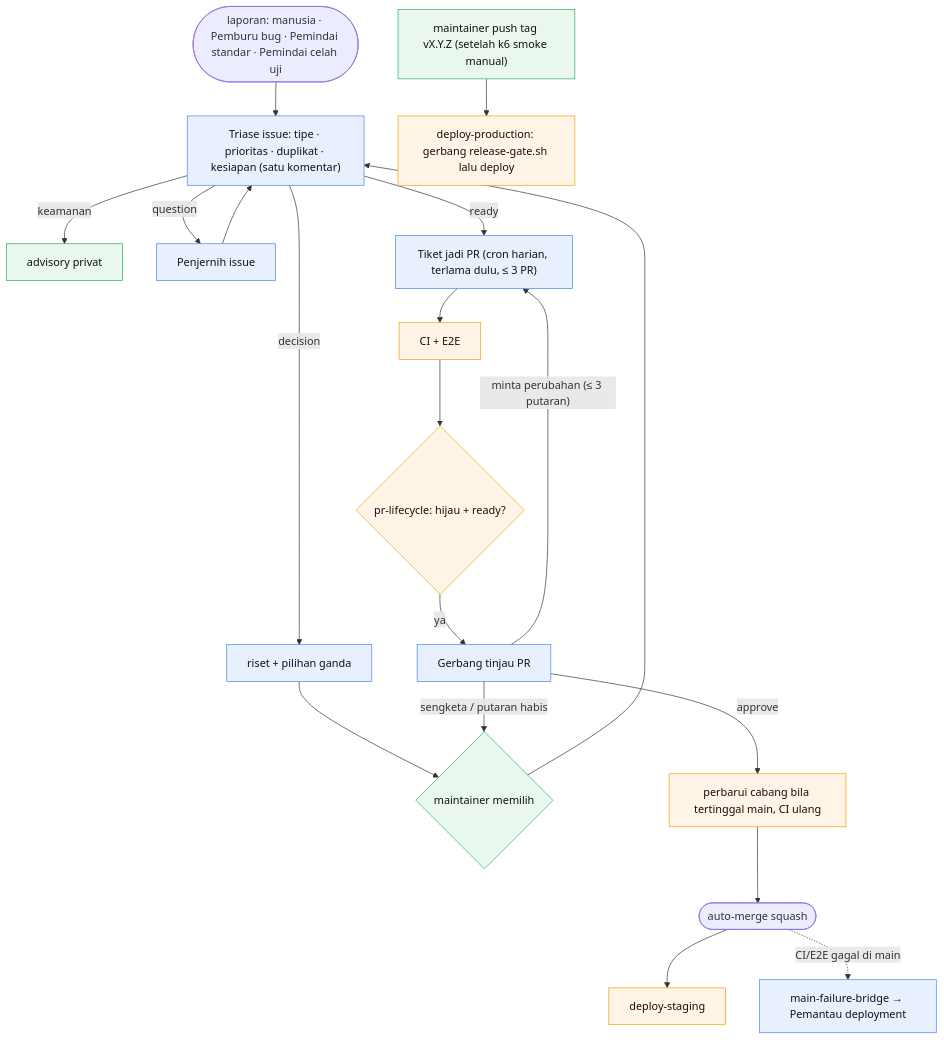
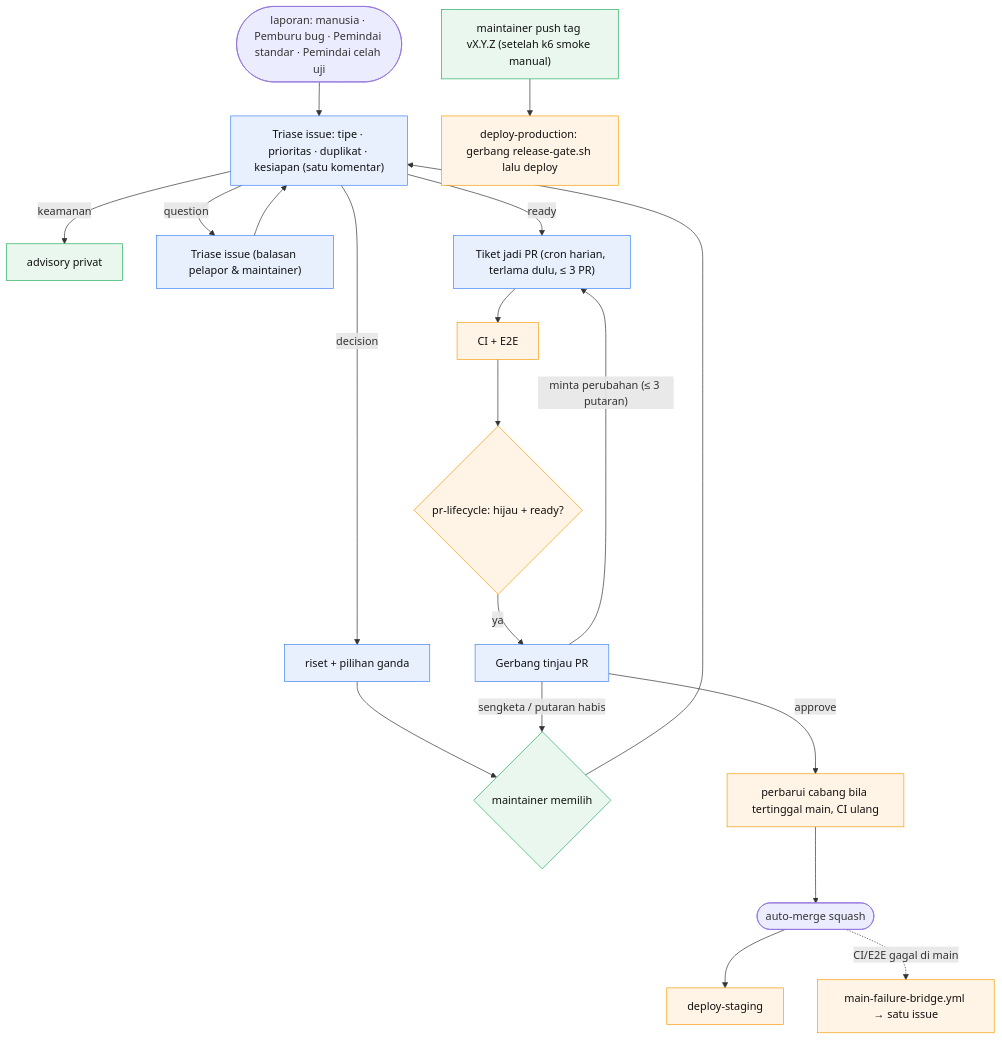
Before and after one commit to cipansor/cipansor: the first of 6 diagrams in docs/SDLC-FLOW.md, drawn with Mermaid. The commit also changed other lines of this file and 17 other files, not shown here.

First line of the commit message:
chore(otomasi): konsolidasi armada — pensiunkan SDLC 04/08/10/12/16/22, triase final ke deskripsi, klaim issue deterministik (#1057)

````diff
--- a/docs/SDLC-FLOW.md
+++ b/docs/SDLC-FLOW.md
@@ -193,20 +193,20 @@
 ```mermaid
 flowchart TD
   classDef cloud fill:#e8f0fe,stroke:#4285f4,color:#111;
   classDef gh fill:#fff4e5,stroke:#f59e0b,color:#111;
   classDef human fill:#e9f7ef,stroke:#27ae60,color:#111;
 
   IN(["laporan: manusia · Pemburu bug · Pemindai standar · Pemindai celah uji"]) --> TR["Triase issue: tipe · prioritas · duplikat · kesiapan (satu komentar)"]:::cloud
   TR -- keamanan --> ADV["advisory privat"]:::human
-  TR -- question --> CL["Penjernih issue"]:::cloud --> TR
+  TR -- question --> CL["Triase issue (balasan pelapor & maintainer)"]:::cloud --> TR
   TR -- decision --> DEC["riset + pilihan ganda"]:::cloud --> MD{"maintainer memilih"}:::human --> TR
   TR -- ready --> IMP["Tiket jadi PR (cron harian, terlama dulu, ≤ 3 PR)"]:::cloud
   IMP --> CI["CI + E2E"]:::gh --> LC{"pr-lifecycle: hijau + ready?"}:::gh
   LC -- ya --> GT["Gerbang tinjau PR"]:::cloud
   GT -- "minta perubahan (≤ 3 putaran)" --> IMP
   GT -- "sengketa / putaran habis" --> MD
   GT -- approve --> UPD["perbarui cabang bila tertinggal main, CI ulang"]:::gh --> MG(["auto-merge squash"])
   MG --> STG["deploy-staging"]:::gh
-  MG -. "CI/E2E gagal di main" .-> BR["main-failure-bridge → Pemantau deployment"]:::cloud
+  MG -. "CI/E2E gagal di main" .-> BR["main-failure-bridge.yml → satu issue"]:::gh
   REL["maintainer push tag vX.Y.Z (setelah k6 smoke manual)"]:::human --> PRD["deploy-production: gerbang release-gate.sh lalu deploy"]:::gh
 ```
````
